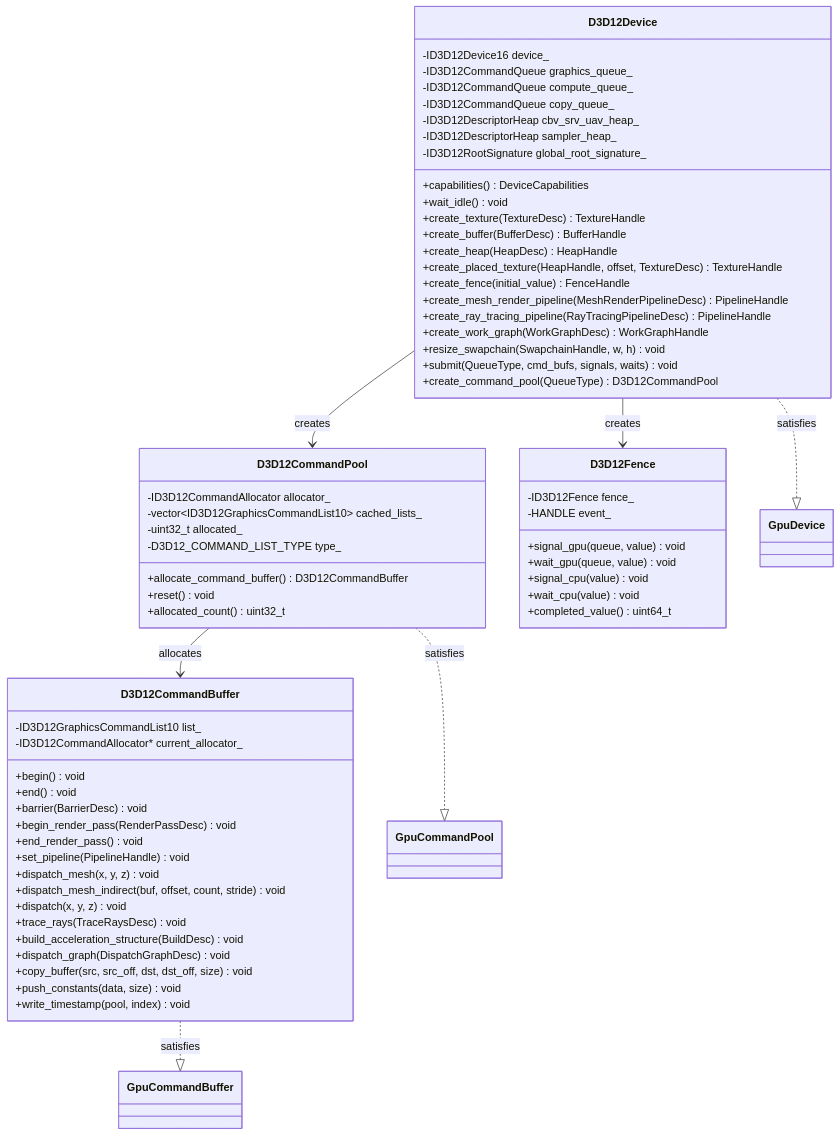
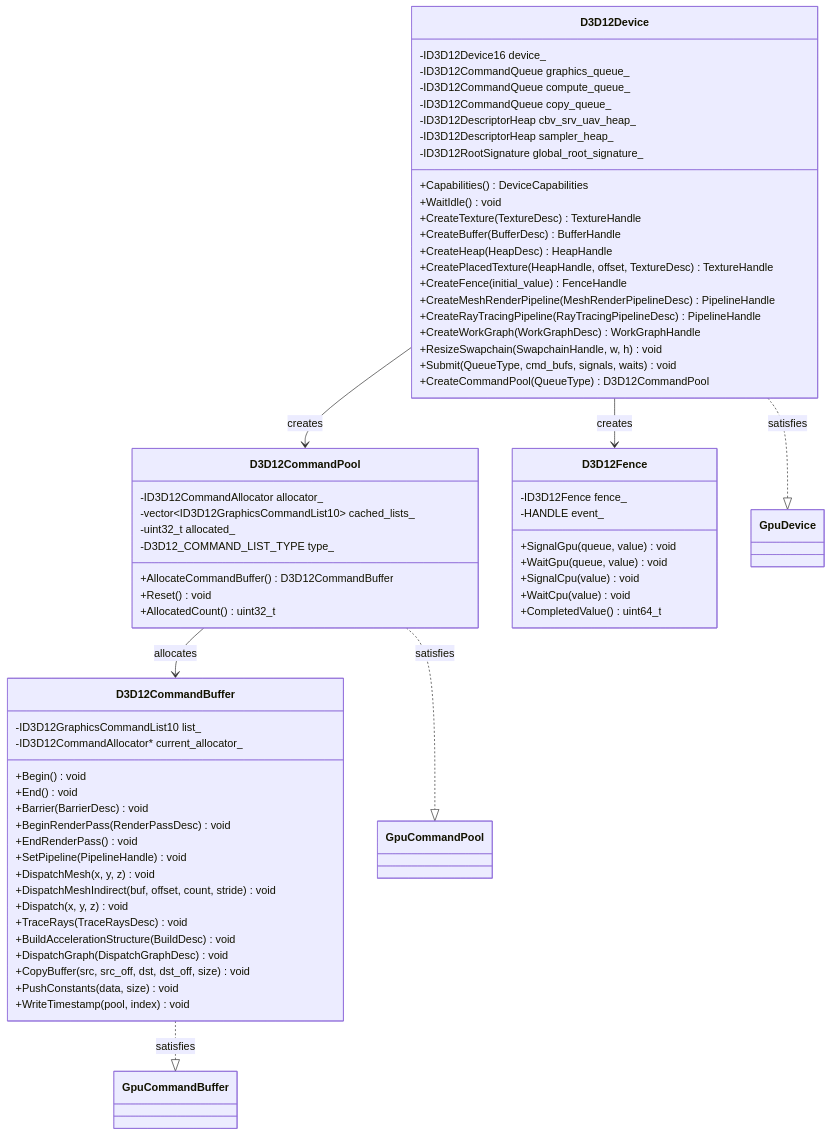
The third of 3 diagrams in docs/design/gpu-backend-d3d12.md (harmonius-dev/harmonius), drawn with Mermaid before and after one commit. The commit also changed other lines of this file and 67 other files, not shown here.

````diff
--- a/docs/design/gpu-backend-d3d12.md
+++ b/docs/design/gpu-backend-d3d12.md
@@ -1091,72 +1065,72 @@
 ```mermaid
 classDiagram
     class D3D12Device {
         -ID3D12Device16 device_
         -ID3D12CommandQueue graphics_queue_
         -ID3D12CommandQueue compute_queue_
         -ID3D12CommandQueue copy_queue_
         -ID3D12DescriptorHeap cbv_srv_uav_heap_
         -ID3D12DescriptorHeap sampler_heap_
         -ID3D12RootSignature global_root_signature_
-        +capabilities() DeviceCapabilities
-        +wait_idle() void
-        +create_texture(TextureDesc) TextureHandle
-        +create_buffer(BufferDesc) BufferHandle
-        +create_heap(HeapDesc) HeapHandle
-        +create_placed_texture(HeapHandle, offset, TextureDesc) TextureHandle
-        +create_fence(initial_value) FenceHandle
-        +create_mesh_render_pipeline(MeshRenderPipelineDesc) PipelineHandle
-        +create_ray_tracing_pipeline(RayTracingPipelineDesc) PipelineHandle
-        +create_work_graph(WorkGraphDesc) WorkGraphHandle
-        +resize_swapchain(SwapchainHandle, w, h) void
-        +submit(QueueType, cmd_bufs, signals, waits) void
-        +create_command_pool(QueueType) D3D12CommandPool
+        +Capabilities() DeviceCapabilities
+        +WaitIdle() void
+        +CreateTexture(TextureDesc) TextureHandle
+        +CreateBuffer(BufferDesc) BufferHandle
+        +CreateHeap(HeapDesc) HeapHandle
+        +CreatePlacedTexture(HeapHandle, offset, TextureDesc) TextureHandle
+        +CreateFence(initial_value) FenceHandle
+        +CreateMeshRenderPipeline(MeshRenderPipelineDesc) PipelineHandle
+        +CreateRayTracingPipeline(RayTracingPipelineDesc) PipelineHandle
+        +CreateWorkGraph(WorkGraphDesc) WorkGraphHandle
+        +ResizeSwapchain(SwapchainHandle, w, h) void
+        +Submit(QueueType, cmd_bufs, signals, waits) void
+        +CreateCommandPool(QueueType) D3D12CommandPool
     }
 
     class D3D12CommandPool {
         -ID3D12CommandAllocator allocator_
         -vector~ID3D12GraphicsCommandList10~ cached_lists_
         -uint32_t allocated_
         -D3D12_COMMAND_LIST_TYPE type_
-        +allocate_command_buffer() D3D12CommandBuffer
-        +reset() void
-        +allocated_count() uint32_t
+        +AllocateCommandBuffer() D3D12CommandBuffer
+        +Reset() void
+        +AllocatedCount() uint32_t
     }
 
     class D3D12CommandBuffer {
         -ID3D12GraphicsCommandList10 list_
         -ID3D12CommandAllocator* current_allocator_
-        +begin() void
-        +end() void
-        +barrier(BarrierDesc) void
-        +begin_render_pass(RenderPassDesc) void
-        +end_render_pass() void
-        +set_pipeline(PipelineHandle) void
-        +dispatch_mesh(x, y, z) void
-        +dispatch_mesh_indirect(buf, offset, count, stride) void
-        +dispatch(x, y, z) void
-        +trace_rays(TraceRaysDesc) void
-        +build_acceleration_structure(BuildDesc) void
-        +dispatch_graph(DispatchGraphDesc) void
-        +copy_buffer(src, src_off, dst, dst_off, size) void
-        +push_constants(data, size) void
-        +write_timestamp(pool, index) void
+        +Begin() void
+        +End() void
+        +Barrier(BarrierDesc) void
+        +BeginRenderPass(RenderPassDesc) void
+        +EndRenderPass() void
+        +SetPipeline(PipelineHandle) void
+        +DispatchMesh(x, y, z) void
+        +DispatchMeshIndirect(buf, offset, count, stride) void
+        +Dispatch(x, y, z) void
+        +TraceRays(TraceRaysDesc) void
+        +BuildAccelerationStructure(BuildDesc) void
+        +DispatchGraph(DispatchGraphDesc) void
+        +CopyBuffer(src, src_off, dst, dst_off, size) void
+        +PushConstants(data, size) void
+        +WriteTimestamp(pool, index) void
     }
 
     class D3D12Fence {
         -ID3D12Fence fence_
         -HANDLE event_
-        +signal_gpu(queue, value) void
-        +wait_gpu(queue, value) void
-        +signal_cpu(value) void
-        +wait_cpu(value) void
-        +completed_value() uint64_t
+        +SignalGpu(queue, value) void
+        +WaitGpu(queue, value) void
+        +SignalCpu(value) void
+        +WaitCpu(value) void
+        +CompletedValue() uint64_t
     }
 
     D3D12Device ..|> GpuDevice : satisfies
     D3D12CommandPool ..|> GpuCommandPool : satisfies
     D3D12CommandBuffer ..|> GpuCommandBuffer : satisfies
     D3D12Device --> D3D12CommandPool : creates
     D3D12CommandPool --> D3D12CommandBuffer : allocates
     D3D12Device --> D3D12Fence : creates
 ```
````
